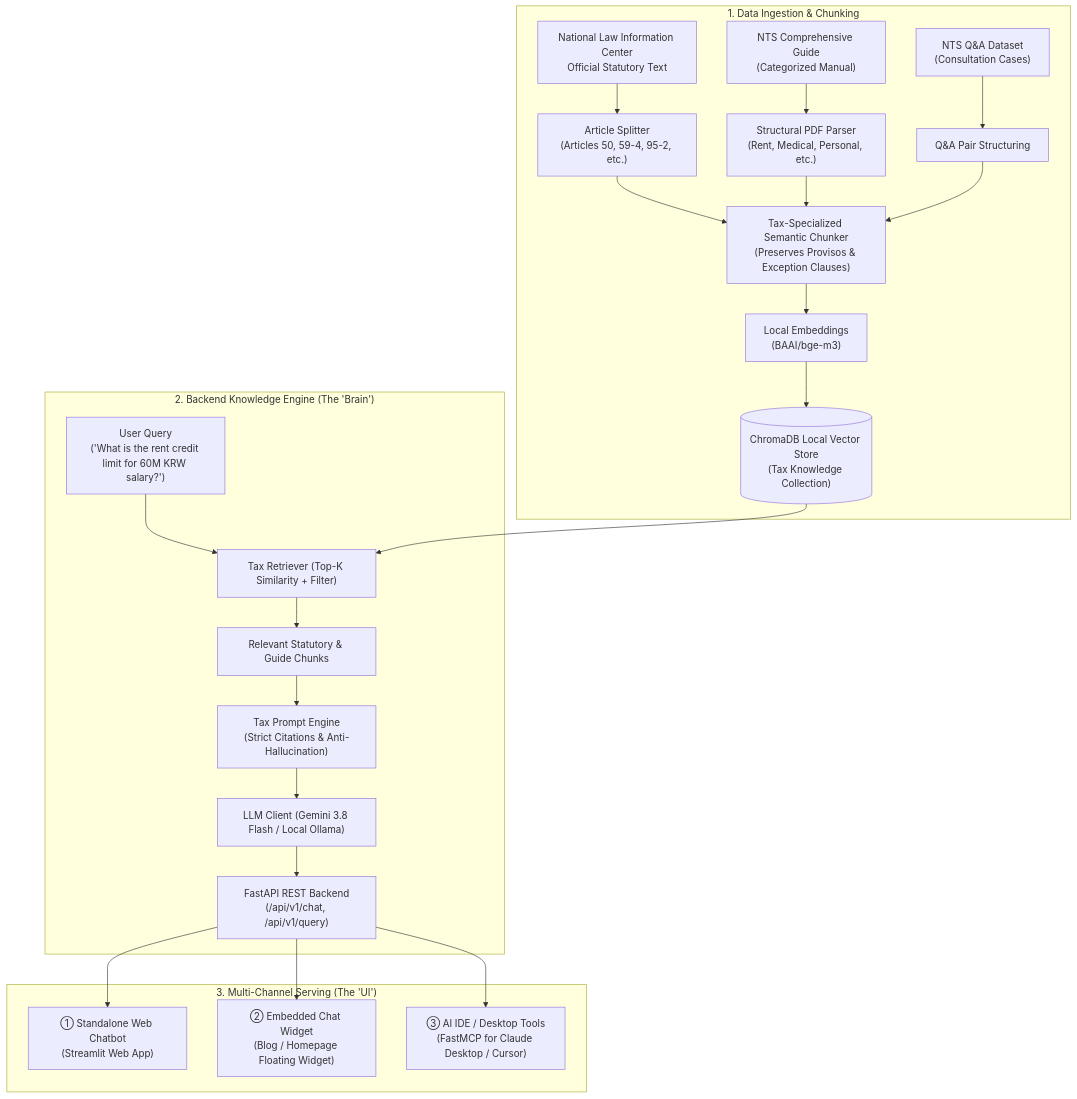
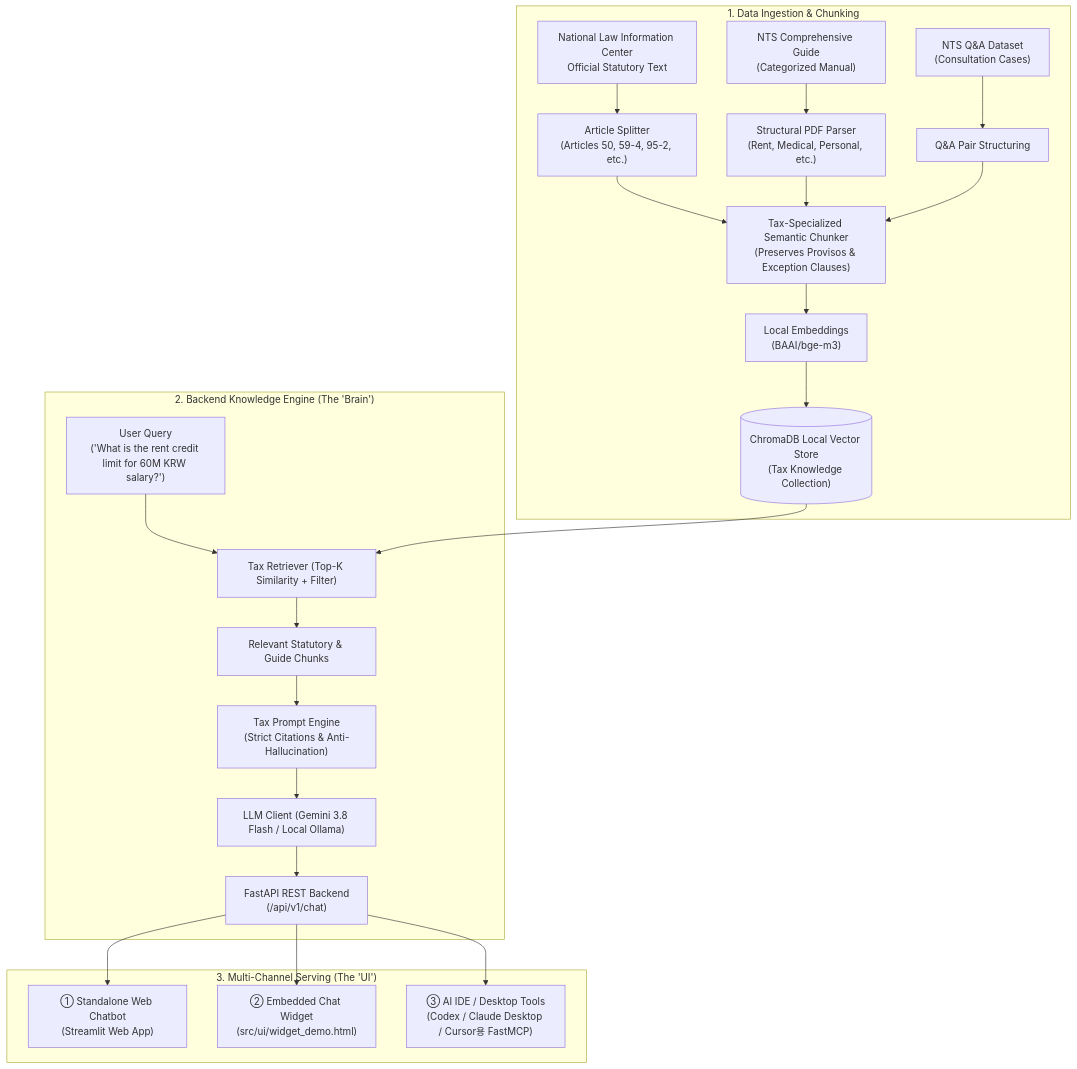
One commit to qooqookeke/rag_accounting_project changed the diagram in README_EN.md. Above: the diagram before and after it, drawn with Mermaid. The commit also changed other lines of this file and 4 other files, not shown here.

````diff
--- a/README_EN.md
+++ b/README_EN.md
@@ -163,30 +170,30 @@
 ```mermaid
 flowchart TD
     subgraph DataPipeline["1. Data Ingestion & Chunking"]
         LawData["National Law Information Center\nOfficial Statutory Text"] --> LawSplitter["Article Splitter\n(Articles 50, 59-4, 95-2, etc.)"]
         PDF["NTS Comprehensive Guide\n(Categorized Manual)"] --> PDFParser["Structural PDF Parser\n(Rent, Medical, Personal, etc.)"]
         FAQ["NTS Q&A Dataset\n(Consultation Cases)"] --> FAQParser["Q&A Pair Structuring"]
         
         LawSplitter --> SemanticChunker["Tax-Specialized Semantic Chunker\n(Preserves Provisos & Exception Clauses)"]
         PDFParser --> SemanticChunker
         FAQParser --> SemanticChunker
         
         SemanticChunker --> LocalEmbedding["Local Embeddings\n(BAAI/bge-m3)"]
         LocalEmbedding --> VectorDB[("ChromaDB Local Vector Store\n(Tax Knowledge Collection)")]
     end
 
     subgraph CoreEngine["2. Backend Knowledge Engine (The 'Brain')"]
         Query["User Query\n('What is the rent credit limit for 60M KRW salary?')"] --> Retriever["Tax Retriever (Top-K Similarity + Filter)"]
         VectorDB --> Retriever
         Retriever --> TopChunks["Relevant Statutory & Guide Chunks"]
         TopChunks --> PromptEngine["Tax Prompt Engine\n(Strict Citations & Anti-Hallucination)"]
         PromptEngine --> LLMProvider["LLM Client (Gemini 3.8 Flash / Local Ollama)"]
-        LLMProvider --> FastAPI["FastAPI REST Backend\n(/api/v1/chat, /api/v1/query)"]
+        LLMProvider --> FastAPI["FastAPI REST Backend\n(/api/v1/chat)"]
     end
 
     subgraph ServingLayer["3. Multi-Channel Serving (The 'UI')"]
         FastAPI --> WebApp["① Standalone Web Chatbot\n(Streamlit Web App)"]
-        FastAPI --> WebWidget["② Embedded Chat Widget\n(Blog / Homepage Floating Widget)"]
-        FastAPI --> MCP["③ AI IDE / Desktop Tools\n(FastMCP for Claude Desktop / Cursor)"]
+        FastAPI --> WebWidget["② Embedded Chat Widget\n(src/ui/widget_demo.html)"]
+        FastAPI --> MCP["③ AI IDE / Desktop Tools\n(Codex / Claude Desktop / Cursor용 FastMCP)"]
     end
 ```
````
